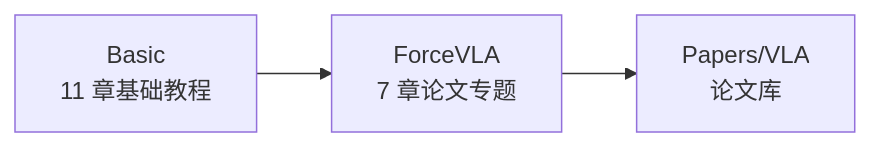
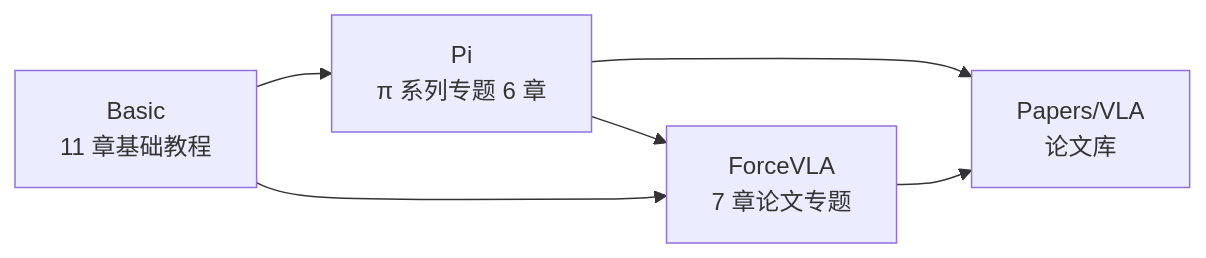
The diagram in Knowledge/VLA/00-README.md (sl3597/learning), drawn with Mermaid before and after one commit. The commit also changed other lines of this file and 10 other files, not shown here.

````diff
--- a/Knowledge/VLA/00-README.md
+++ b/Knowledge/VLA/00-README.md
@@ -19,5 +19,8 @@
 ```mermaid
 flowchart LR
-  B[Basic<br/>11 章基础教程] --> F[ForceVLA<br/>7 章论文专题]
-  F --> P[Papers/VLA<br/>论文库]
+  B[Basic<br/>11 章基础教程] --> PI[Pi<br/>π 系列专题 6 章]
+  PI --> F[ForceVLA<br/>7 章论文专题]
+  B --> F
+  PI --> P[Papers/VLA<br/>论文库]
+  F --> P
 ```
````
